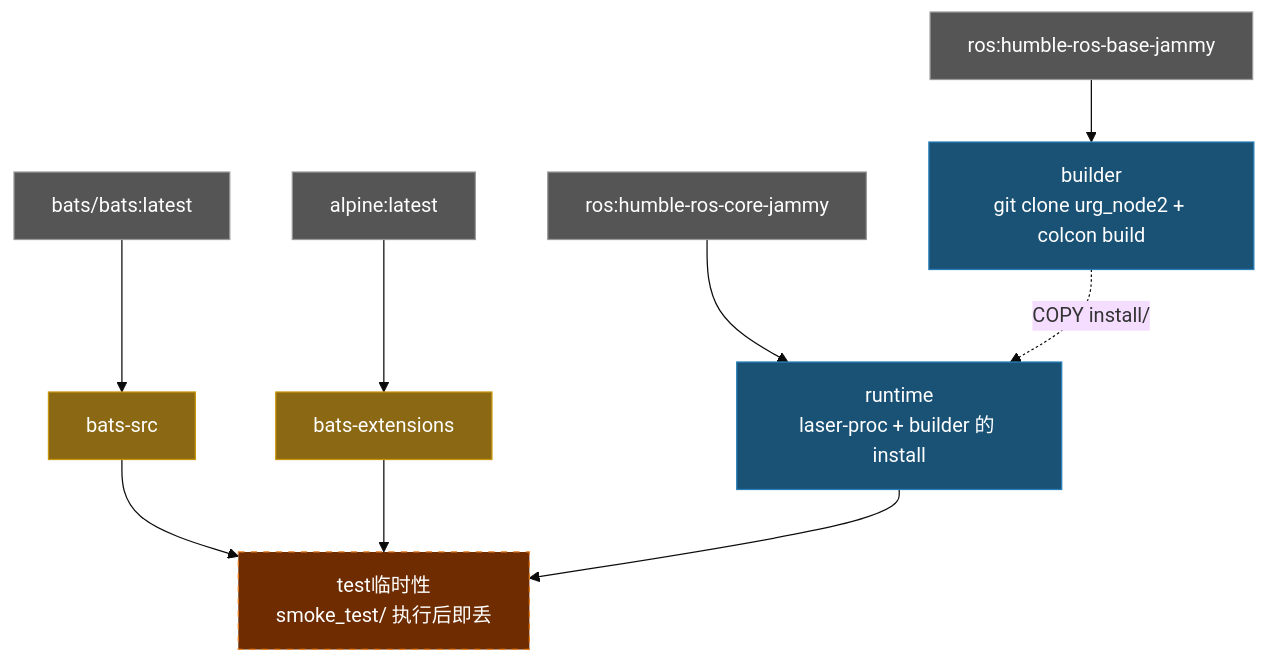
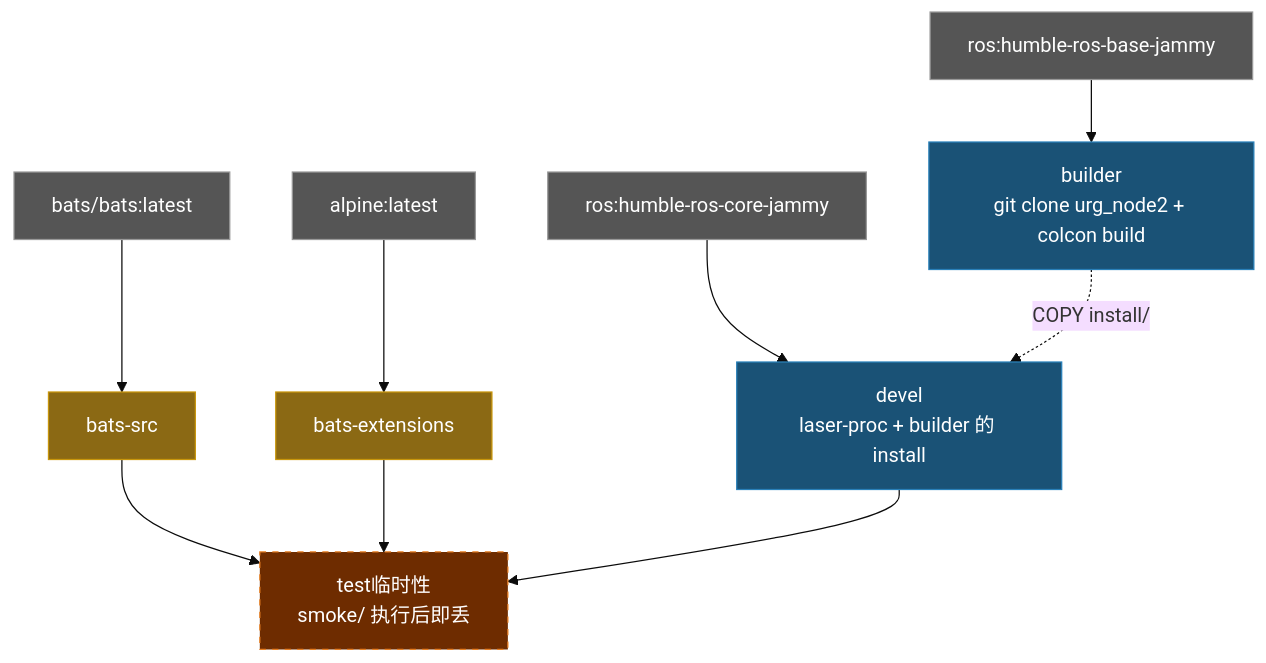
Before and after one commit to ycpss91255-docker/urg_node2: the diagram in doc/README.zh-CN.md, drawn with Mermaid (base theme). The commit also changed other lines of this file and 25 other files, not shown here.

````diff
--- a/doc/README.zh-CN.md
+++ b/doc/README.zh-CN.md
@@ -96,24 +96,24 @@
 ```mermaid
 graph TD
     EXT1["bats/bats:latest"]:::external
     EXT2["alpine:latest"]:::external
     EXT3["ros:humble-ros-base-jammy"]:::external
     EXT4["ros:humble-ros-core-jammy"]:::external
 
     EXT1 --> bats-src["bats-src"]:::tool
     EXT2 --> bats-ext["bats-extensions"]:::tool
 
     EXT3 --> builder["builder\ngit clone urg_node2 + colcon build"]:::stage
 
-    EXT4 --> runtime["runtime\nlaser-proc + builder 的 install"]:::stage
-    builder -.->|COPY install/| runtime
+    EXT4 --> devel["devel\nlaser-proc + builder 的 install"]:::stage
+    builder -.->|COPY install/| devel
 
-    bats-src --> test["test临时性\nsmoke_test/ 执行后即丢"]:::ephemeral
+    bats-src --> test["test临时性\nsmoke/ 执行后即丢"]:::ephemeral
     bats-ext --> test
-    runtime --> test
+    devel --> test
 
     classDef external fill:#555,color:#fff,stroke:#999
     classDef tool fill:#8B6914,color:#fff,stroke:#c8960c
     classDef stage fill:#1a5276,color:#fff,stroke:#2980b9
     classDef ephemeral fill:#6e2c00,color:#fff,stroke:#e67e22,stroke-dasharray:5 5
 ```
````
